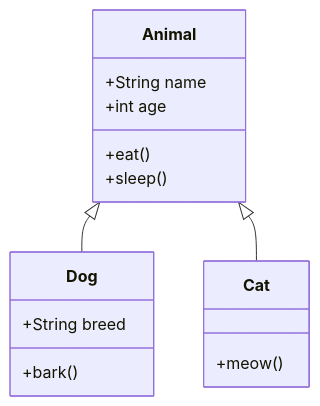
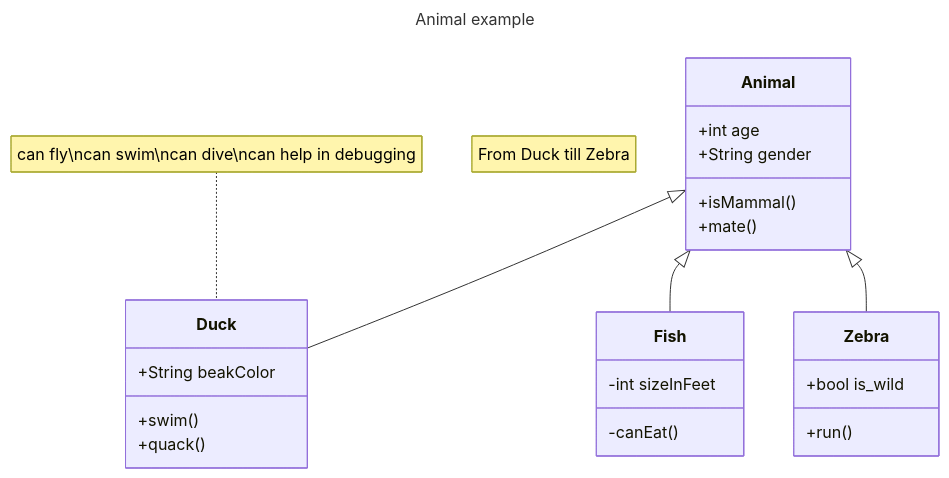
The first of 30 diagrams in skills/mermaid/examples/class.md (teachingai/full-stack-skills), drawn with Mermaid before and after one commit. The commit also changed other lines of this file and 21 other files, not shown here.

First line of the commit message:
docs(mermaid): 更新架构、块、C4和类图示例文档

````diff
--- a/skills/mermaid/examples/class.md
+++ b/skills/mermaid/examples/class.md
@@ -38,19 +40,28 @@
 ```mermaid
+---
+title: Animal example
+---
 classDiagram
-    class Animal {
-        +String name
-        +int age
-        +eat()
-        +sleep()
+    note "From Duck till Zebra"
+    Animal <|-- Duck
+    note for Duck "can fly\ncan swim\ncan dive\ncan help in debugging"
+    Animal <|-- Fish
+    Animal <|-- Zebra
+    Animal : +int age
+    Animal : +String gender
+    Animal: +isMammal()
+    Animal: +mate()
+    class Duck{
+        +String beakColor
+        +swim()
+        +quack()
     }
-    class Dog {
-        +String breed
-        +bark()
+    class Fish{
+        -int sizeInFeet
+        -canEat()
     }
-    class Cat {
-        +meow()
+    class Zebra{
+        +bool is_wild
+        +run()
     }
-
-    Animal <|-- Dog
-    Animal <|-- Cat
 ```
````
